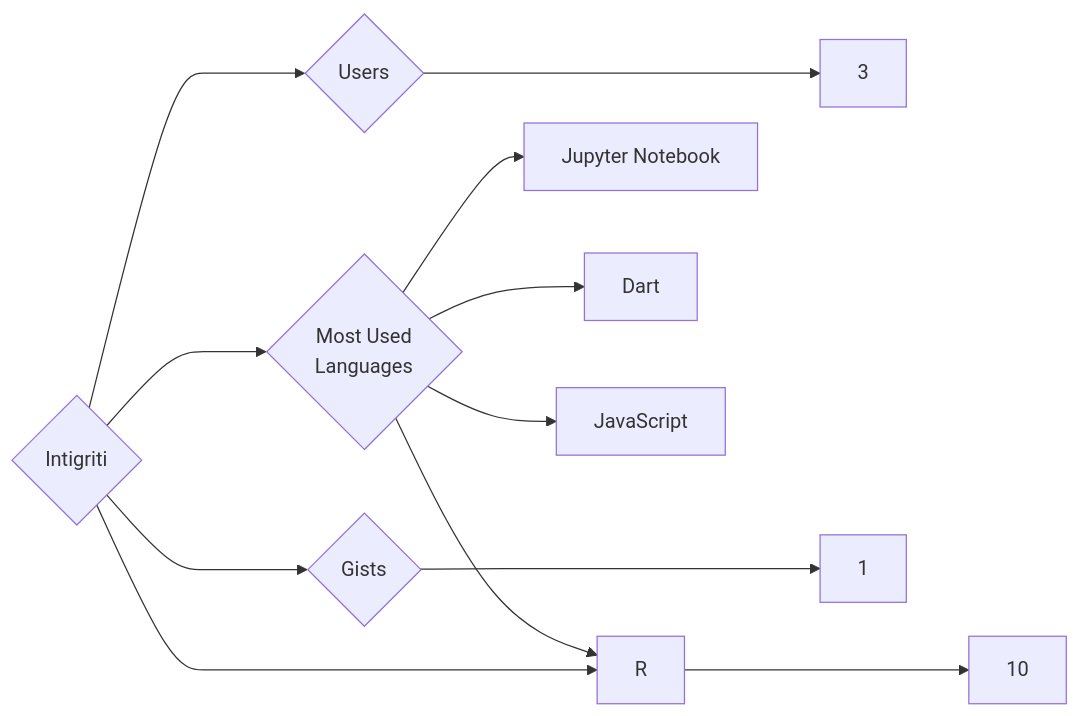
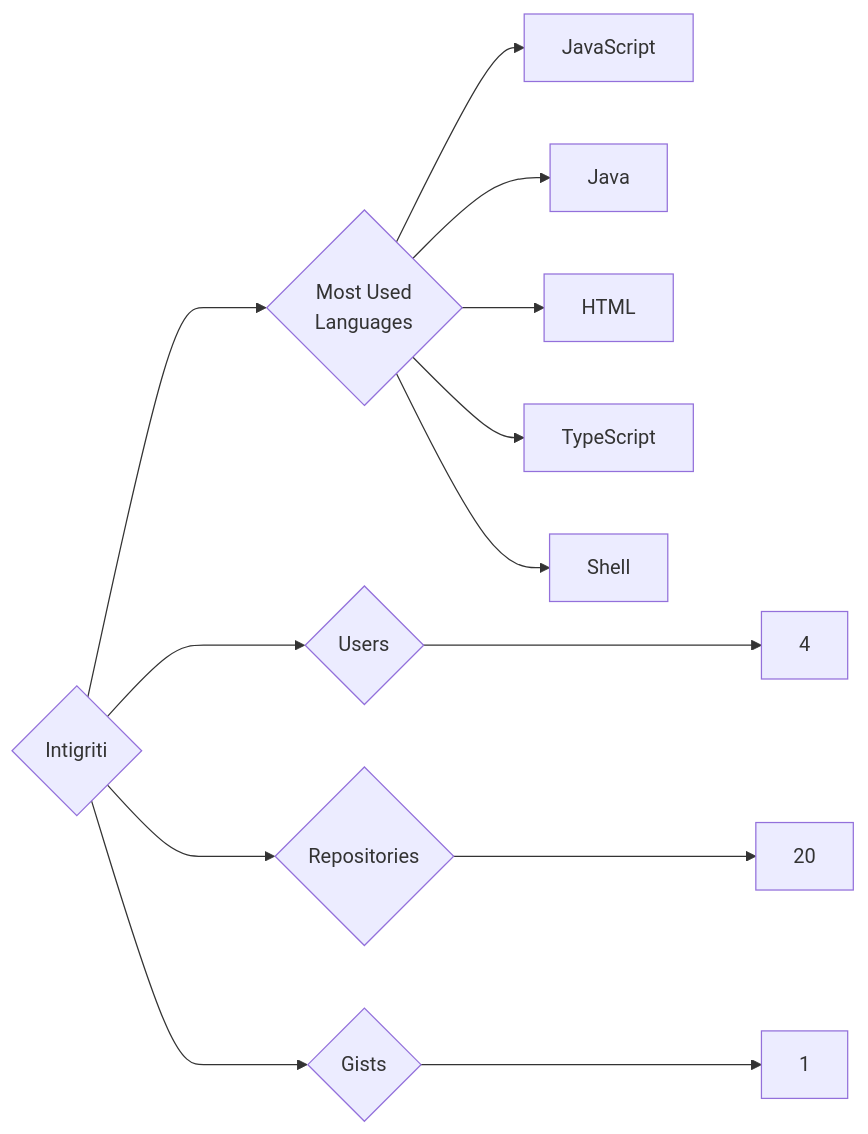
One commit to trickest/insiders changed the diagram in targets/Intigriti/README.md. Above: the diagram before and after it, drawn with Mermaid. The commit also changed 914 other files, not shown here.

````diff
--- a/targets/Intigriti/README.md
+++ b/targets/Intigriti/README.md
@@ -3,12 +3,13 @@
 ```mermaid
 graph LR
 COMPANY_NAME{Intigriti}
-COMPANY_NAME ---> U{Users} ---> UN[3]
-COMPANY_NAME ---> R{Repositories} ---> RN[10]
+COMPANY_NAME ---> U{Users} ---> UN[4]
+COMPANY_NAME ---> R{Repositories} ---> RN[20]
 COMPANY_NAME ---> G{Gists} ---> GN[1]
 COMPANY_NAME ---> ML{Most Used<br>Languages}
-ML --> Jupyter_Notebook[Jupyter Notebook]
-ML --> Dart[Dart]
-ML --> R[R]
 ML --> JavaScript[JavaScript]
+ML --> Java[Java]
+ML --> HTML[HTML]
+ML --> TypeScript[TypeScript]
+ML --> Shell[Shell]
 ```
````
